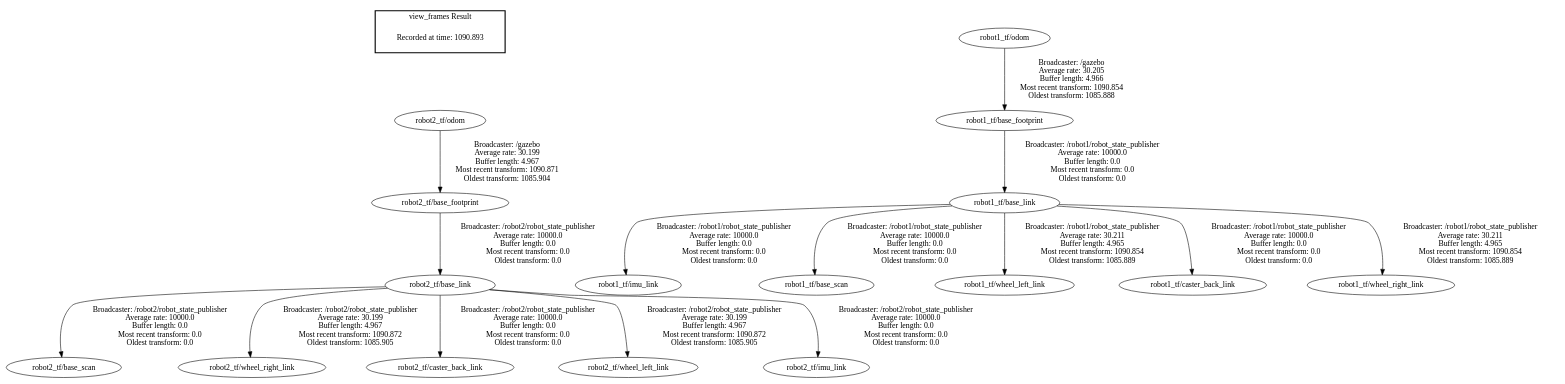
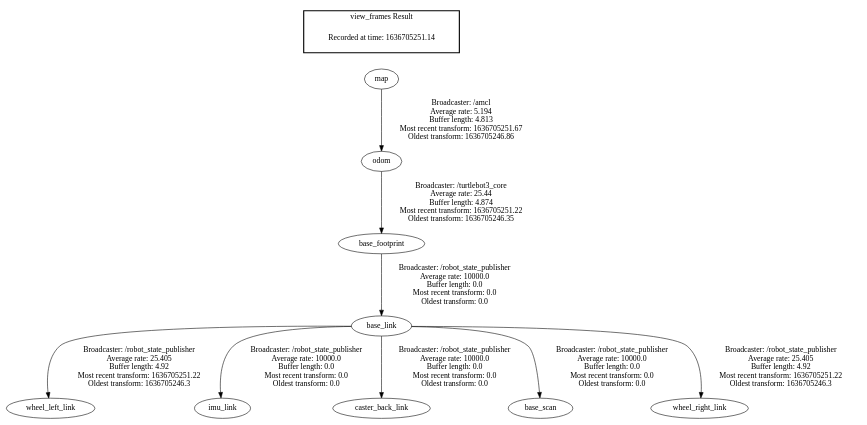
Before and after one commit to earthtennison/robocup-navigation: the diagram in non_ws/frames.gv, drawn with Graphviz. The commit also changed 20 other files, not shown here.

```diff
--- a/non_ws/frames.gv
+++ b/non_ws/frames.gv
@@ -1,20 +1,14 @@
 digraph G {
-"robot2_tf/base_link" -> "robot2_tf/base_scan"[label=" Broadcaster: /robot2/robot_state_publisher\nAverage rate: 10000.0\nBuffer length: 0.0\nMost recent transform: 0.0\nOldest transform: 0.0\n"];
-"robot1_tf/base_link" -> "robot1_tf/imu_link"[label=" Broadcaster: /robot1/robot_state_publisher\nAverage rate: 10000.0\nBuffer length: 0.0\nMost recent transform: 0.0\nOldest transform: 0.0\n"];
-"robot1_tf/base_link" -> "robot1_tf/base_scan"[label=" Broadcaster: /robot1/robot_state_publisher\nAverage rate: 10000.0\nBuffer length: 0.0\nMost recent transform: 0.0\nOldest transform: 0.0\n"];
-"robot1_tf/odom" -> "robot1_tf/base_footprint"[label=" Broadcaster: /gazebo\nAverage rate: 30.205\nBuffer length: 4.966\nMost recent transform: 1090.854\nOldest transform: 1085.888\n"];
-"robot1_tf/base_link" -> "robot1_tf/wheel_left_link"[label=" Broadcaster: /robot1/robot_state_publisher\nAverage rate: 30.211\nBuffer length: 4.965\nMost recent transform: 1090.854\nOldest transform: 1085.889\n"];
-"robot2_tf/base_link" -> "robot2_tf/wheel_right_link"[label=" Broadcaster: /robot2/robot_state_publisher\nAverage rate: 30.199\nBuffer length: 4.967\nMost recent transform: 1090.872\nOldest transform: 1085.905\n"];
-"robot2_tf/base_footprint" -> "robot2_tf/base_link"[label=" Broadcaster: /robot2/robot_state_publisher\nAverage rate: 10000.0\nBuffer length: 0.0\nMost recent transform: 0.0\nOldest transform: 0.0\n"];
-"robot1_tf/base_link" -> "robot1_tf/caster_back_link"[label=" Broadcaster: /robot1/robot_state_publisher\nAverage rate: 10000.0\nBuffer length: 0.0\nMost recent transform: 0.0\nOldest transform: 0.0\n"];
-"robot2_tf/base_link" -> "robot2_tf/caster_back_link"[label=" Broadcaster: /robot2/robot_state_publisher\nAverage rate: 10000.0\nBuffer length: 0.0\nMost recent transform: 0.0\nOldest transform: 0.0\n"];
-"robot2_tf/base_link" -> "robot2_tf/wheel_left_link"[label=" Broadcaster: /robot2/robot_state_publisher\nAverage rate: 30.199\nBuffer length: 4.967\nMost recent transform: 1090.872\nOldest transform: 1085.905\n"];
-"robot1_tf/base_link" -> "robot1_tf/wheel_right_link"[label=" Broadcaster: /robot1/robot_state_publisher\nAverage rate: 30.211\nBuffer length: 4.965\nMost recent transform: 1090.854\nOldest transform: 1085.889\n"];
-"robot2_tf/odom" -> "robot2_tf/base_footprint"[label=" Broadcaster: /gazebo\nAverage rate: 30.199\nBuffer length: 4.967\nMost recent transform: 1090.871\nOldest transform: 1085.904\n"];
-"robot2_tf/base_link" -> "robot2_tf/imu_link"[label=" Broadcaster: /robot2/robot_state_publisher\nAverage rate: 10000.0\nBuffer length: 0.0\nMost recent transform: 0.0\nOldest transform: 0.0\n"];
-"robot1_tf/base_footprint" -> "robot1_tf/base_link"[label=" Broadcaster: /robot1/robot_state_publisher\nAverage rate: 10000.0\nBuffer length: 0.0\nMost recent transform: 0.0\nOldest transform: 0.0\n"];
+"base_link" -> "wheel_left_link"[label=" Broadcaster: /robot_state_publisher\nAverage rate: 25.405\nBuffer length: 4.92\nMost recent transform: 1636705251.22\nOldest transform: 1636705246.3\n"];
+"base_link" -> "imu_link"[label=" Broadcaster: /robot_state_publisher\nAverage rate: 10000.0\nBuffer length: 0.0\nMost recent transform: 0.0\nOldest transform: 0.0\n"];
+"base_footprint" -> "base_link"[label=" Broadcaster: /robot_state_publisher\nAverage rate: 10000.0\nBuffer length: 0.0\nMost recent transform: 0.0\nOldest transform: 0.0\n"];
+"base_link" -> "caster_back_link"[label=" Broadcaster: /robot_state_publisher\nAverage rate: 10000.0\nBuffer length: 0.0\nMost recent transform: 0.0\nOldest transform: 0.0\n"];
+"base_link" -> "base_scan"[label=" Broadcaster: /robot_state_publisher\nAverage rate: 10000.0\nBuffer length: 0.0\nMost recent transform: 0.0\nOldest transform: 0.0\n"];
+"map" -> "odom"[label=" Broadcaster: /amcl\nAverage rate: 5.194\nBuffer length: 4.813\nMost recent transform: 1636705251.67\nOldest transform: 1636705246.86\n"];
+"base_link" -> "wheel_right_link"[label=" Broadcaster: /robot_state_publisher\nAverage rate: 25.405\nBuffer length: 4.92\nMost recent transform: 1636705251.22\nOldest transform: 1636705246.3\n"];
+"odom" -> "base_footprint"[label=" Broadcaster: /turtlebot3_core\nAverage rate: 25.44\nBuffer length: 4.874\nMost recent transform: 1636705251.22\nOldest transform: 1636705246.35\n"];
 edge [style=invis];
  subgraph cluster_legend { style=bold; color=black; label ="view_frames Result";
-"Recorded at time: 1090.893"[ shape=plaintext ] ;
-}->"robot2_tf/odom";
+"Recorded at time: 1636705251.14"[ shape=plaintext ] ;
+}->"map";
 }
```
